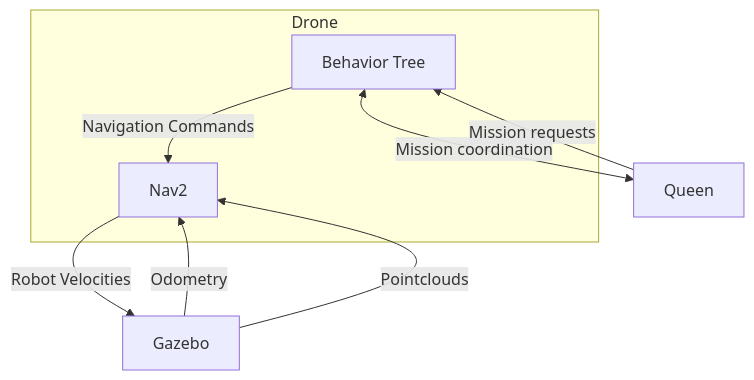
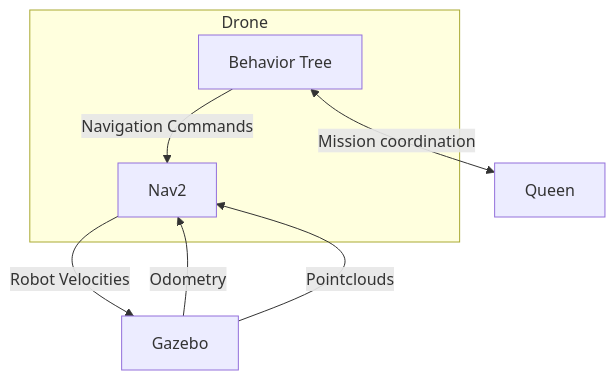
Before and after one commit to keenan88/ant-drone-ros2: the diagram in README.md, drawn with Mermaid. The commit also changed other lines of this file, not shown here.

````diff
--- a/README.md
+++ b/README.md
@@ -39,14 +41,13 @@
 ```mermaid
 flowchart TD
     subgraph Drone
         Nav2["Nav2"]
         bt["Behavior Tree"]
     end
     Nav2 -- Robot Velocities --> Gazebo["Gazebo"]
     Gazebo -- Odometry --> Nav2
     bt -- Navigation Commands --> Nav2
     Gazebo -- Pointclouds --> Nav2
     bt <-- Mission coordination --> Queen
-    Queen -- Mission requests --> bt
 
 ```
````
